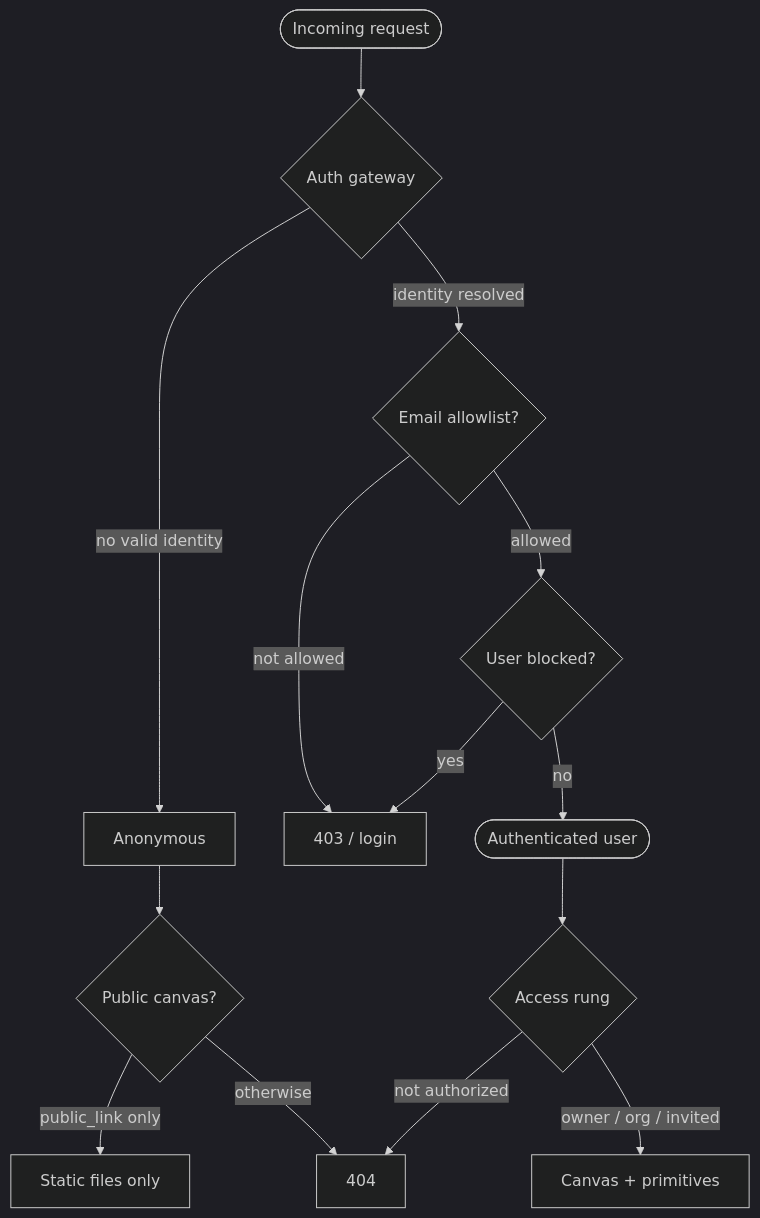
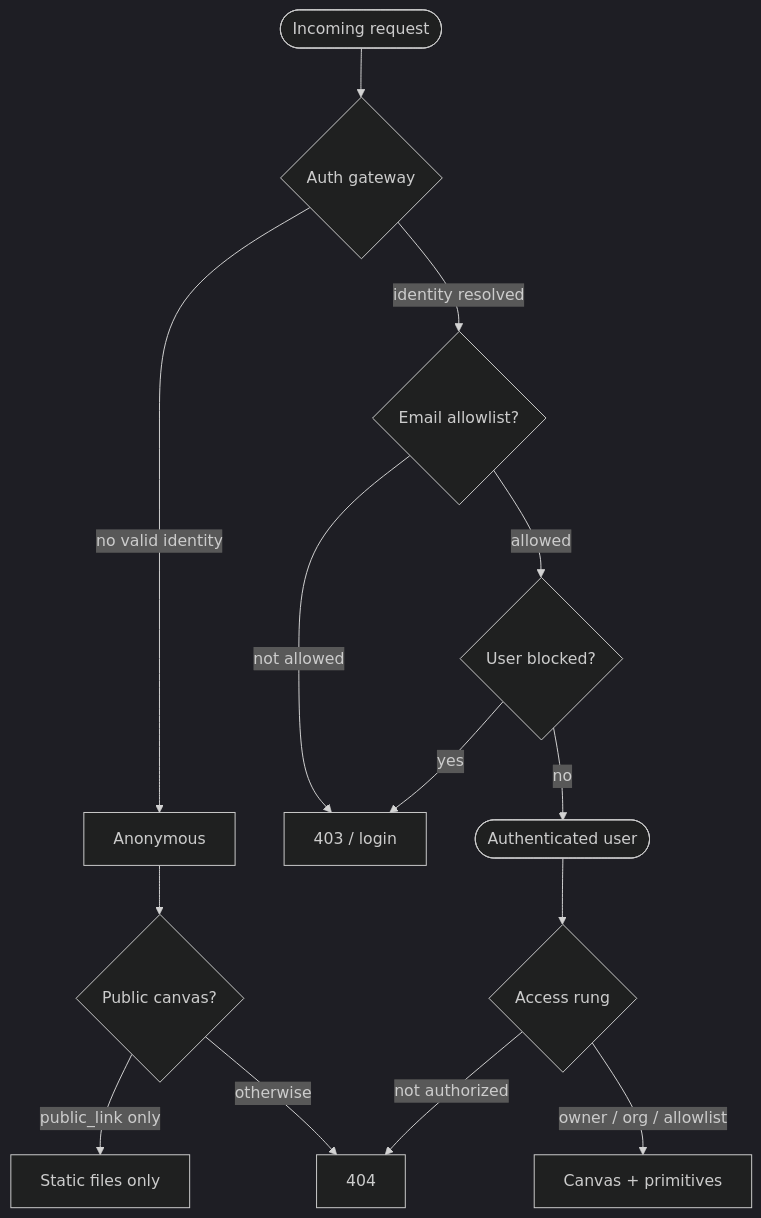
One commit to markpasternak/canvas-drop changed the diagram in docs/site/self-hosting/security-model.md. Above: the diagram before and after it, drawn with Mermaid (dark theme). The commit also changed other lines of this file and 27 other files, not shown here.

````diff
--- a/docs/site/self-hosting/security-model.md
+++ b/docs/site/self-hosting/security-model.md
@@ -33,16 +33,16 @@
 ```mermaid
 flowchart TD
     Req([Incoming request]) --> Gate{Auth gateway}
     Gate -->|no valid identity| Anon[Anonymous]
     Gate -->|identity resolved| Allow{Email allowlist?}
     Allow -->|not allowed| Reject[403 / login]
     Allow -->|allowed| Blocked{User blocked?}
     Blocked -->|yes| Reject
     Blocked -->|no| User([Authenticated user])
     Anon --> PubCheck{Public canvas?}
     PubCheck -->|public_link only| Static[Static files only]
     PubCheck -->|otherwise| NotFound[404]
     User --> Rung{Access rung}
-    Rung -->|owner / org / invited| Canvas[Canvas + primitives]
+    Rung -->|owner / org / allowlist| Canvas[Canvas + primitives]
     Rung -->|not authorized| NotFound
 ```
````
